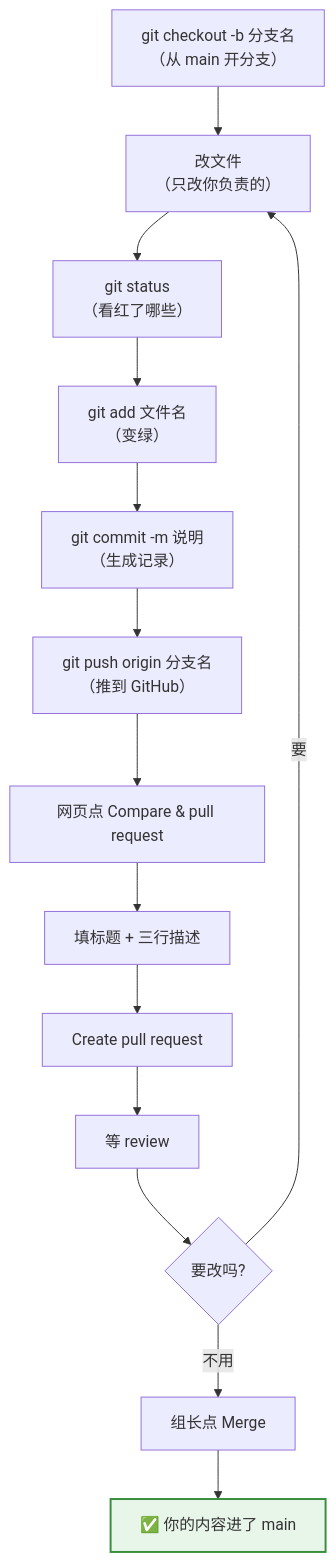
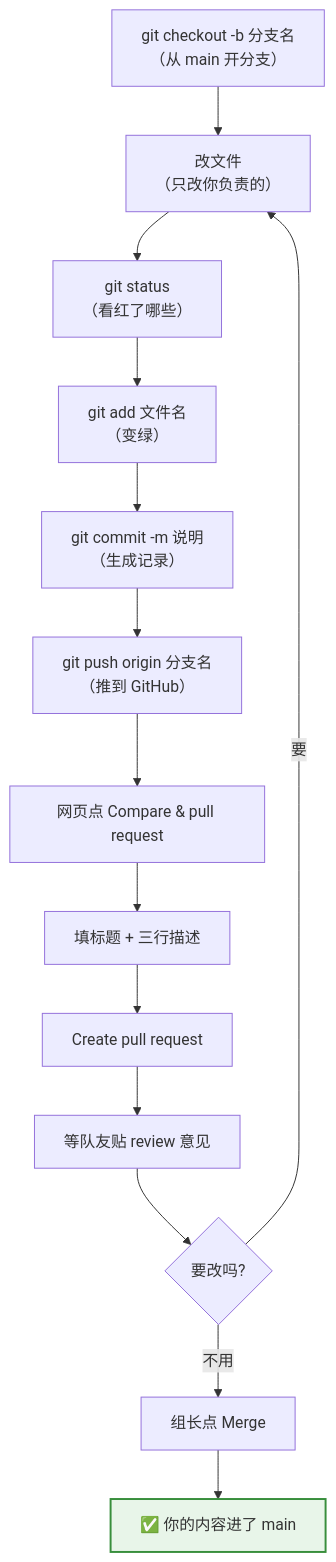
One commit to NULLFALSE-tech/Algorithm-graph changed the diagram in docs/组员手册_02_Git协作.md. Above: the diagram before and after it, drawn with Mermaid. The commit also changed other lines of this file and 6 other files, not shown here.

````diff
--- a/docs/组员手册_02_Git协作.md
+++ b/docs/组员手册_02_Git协作.md
@@ -225,18 +226,18 @@
 ```mermaid
 flowchart TD
     A["git checkout -b 分支名<br/>（从 main 开分支）"] --> B["改文件<br/>（只改你负责的）"]
     B --> C["git status<br/>（看红了哪些）"]
     C --> D["git add 文件名<br/>（变绿）"]
     D --> E["git commit -m 说明<br/>（生成记录）"]
     E --> F["git push origin 分支名<br/>（推到 GitHub）"]
     F --> G["网页点 Compare & pull request"]
     G --> H["填标题 + 三行描述"]
     H --> I["Create pull request"]
-    I --> J["等 review"]
+    I --> J["等队友贴 review 意见"]
     J --> K{"要改吗?"}
     K -->|"要"| B
     K -->|"不用"| L["组长点 Merge"]
     L --> M["✅ 你的内容进了 main"]
 
     style M fill:#e8f5e9,stroke:#388e3c,stroke-width:2px
 ```
````
